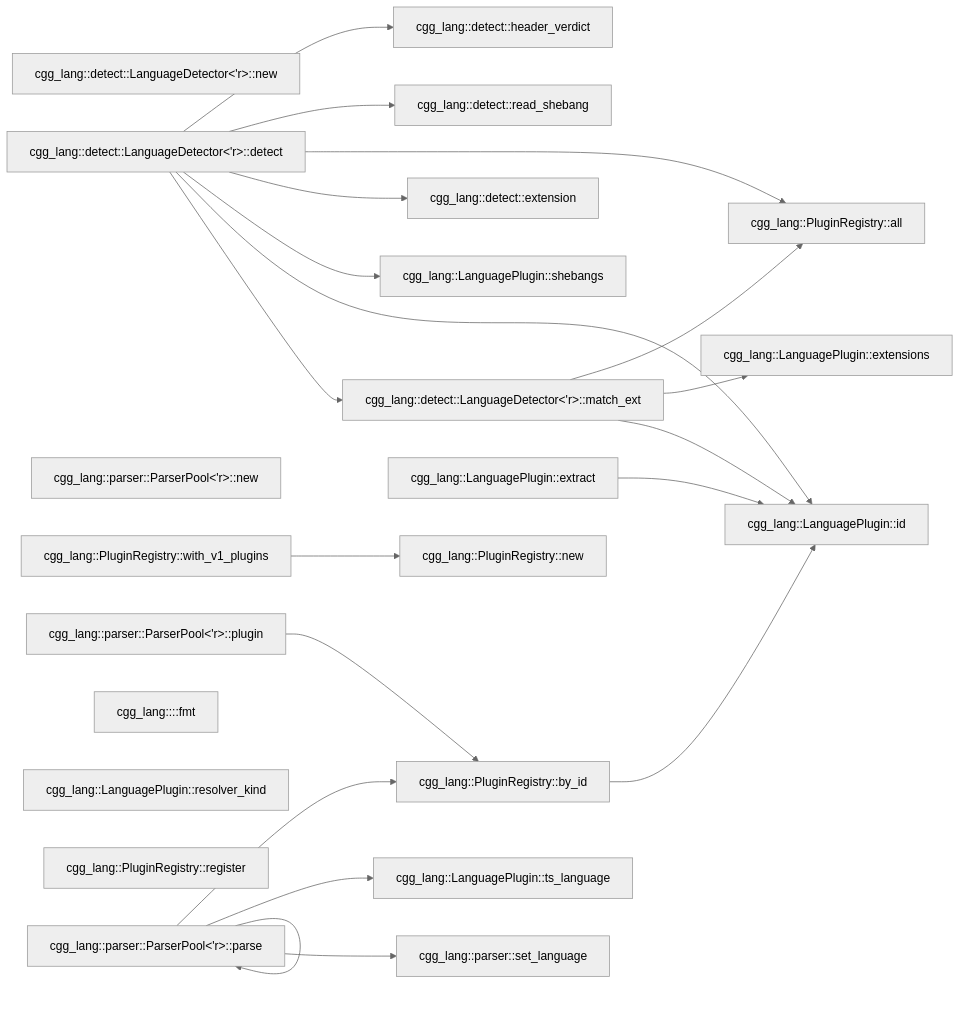
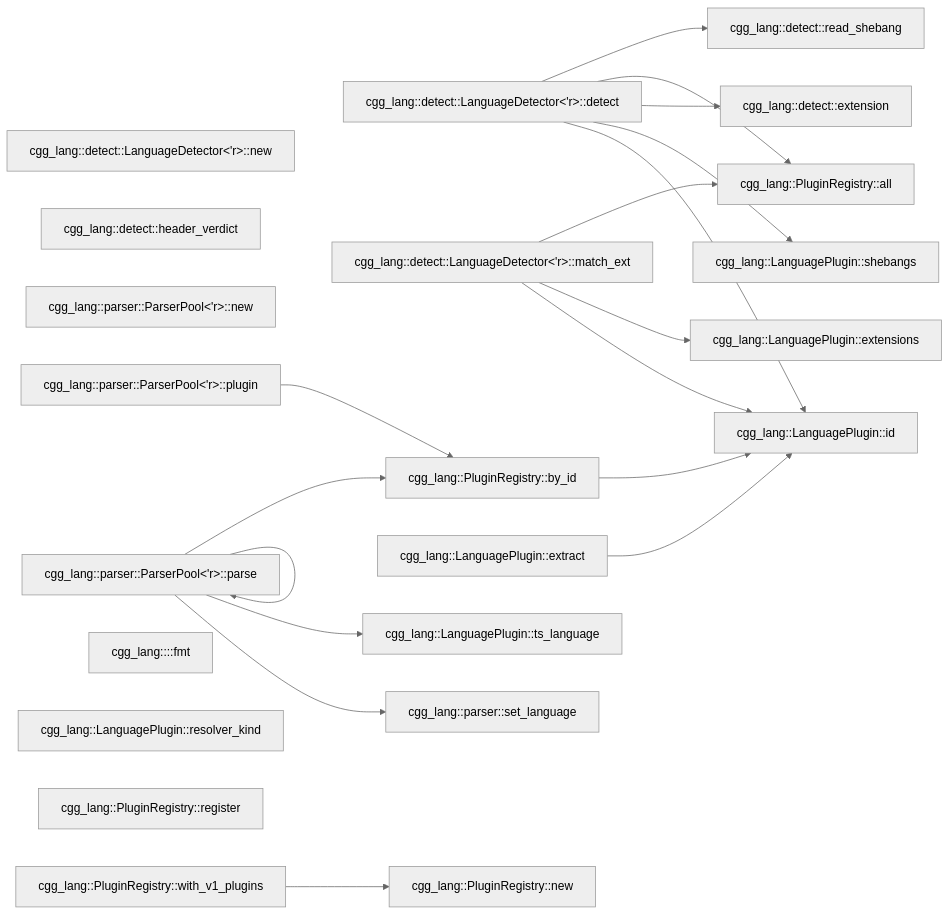
One commit to NeuralNotwerk/cgg changed the third of 3 diagrams in README.md. Above: the diagram before and after it, drawn with Mermaid (neutral theme). The commit also changed other lines of this file and 4 other files, not shown here.

````diff
--- a/README.md
+++ b/README.md
@@ -372,43 +377,41 @@
 ```mermaid
 flowchart LR
   C0["cgg_lang::detect::LanguageDetector<'r>::new"]
   C1["cgg_lang::detect::LanguageDetector<'r>::detect"]
   C2["cgg_lang::detect::LanguageDetector<'r>::match_ext"]
   C3["cgg_lang::detect::extension"]
   C4["cgg_lang::detect::read_shebang"]
   C5["cgg_lang::detect::header_verdict"]
   C14["cgg_lang::parser::ParserPool<'r>::new"]
   C15["cgg_lang::parser::ParserPool<'r>::parse"]
   C16["cgg_lang::parser::ParserPool<'r>::plugin"]
   C17["cgg_lang::parser::set_language"]
   C21["cgg_lang::<ResolverKind as fmt::Display>::fmt"]
   C22["cgg_lang::LanguagePlugin::id"]
   C23["cgg_lang::LanguagePlugin::extensions"]
   C24["cgg_lang::LanguagePlugin::shebangs"]
   C25["cgg_lang::LanguagePlugin::resolver_kind"]
   C26["cgg_lang::LanguagePlugin::ts_language"]
   C27["cgg_lang::LanguagePlugin::extract"]
   C28["cgg_lang::PluginRegistry::new"]
   C29["cgg_lang::PluginRegistry::register"]
   C30["cgg_lang::PluginRegistry::all"]
   C31["cgg_lang::PluginRegistry::by_id"]
   C32["cgg_lang::PluginRegistry::with_v1_plugins"]
-  C1 --> C2
   C1 --> C22
   C1 --> C24
   C1 --> C3
   C1 --> C30
   C1 --> C4
-  C1 --> C5
   C15 --> C15
   C15 --> C17
   C15 --> C26
   C15 --> C31
   C16 --> C31
   C2 --> C22
   C2 --> C23
   C2 --> C30
   C27 --> C22
   C31 --> C22
   C32 --> C28
 ```
````
